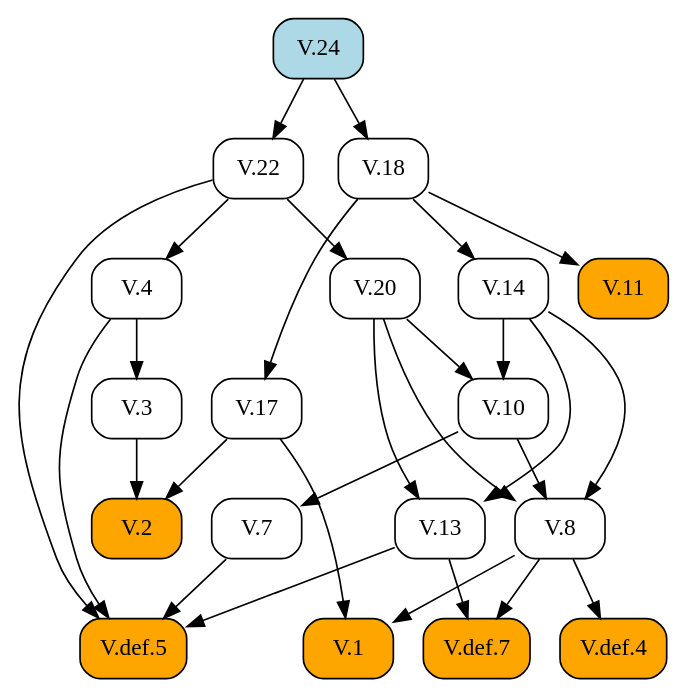
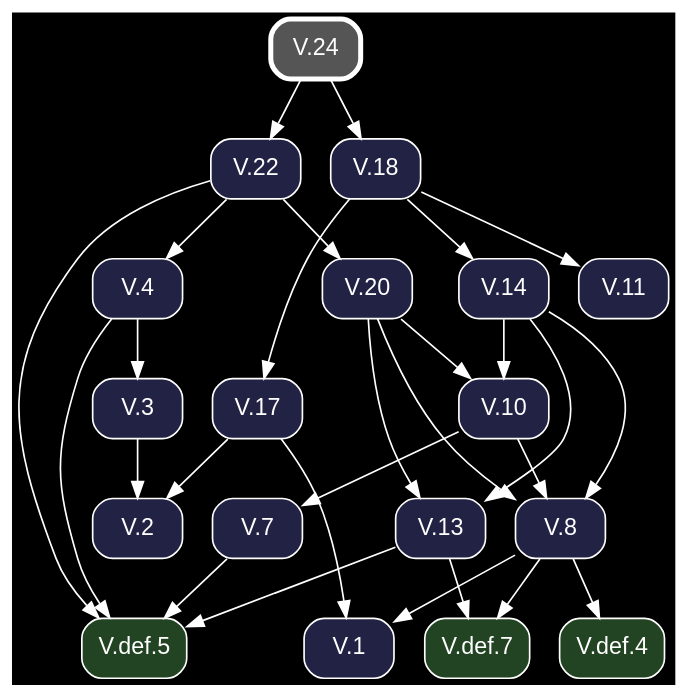
Before and after one commit to geometor/elements: the diagram in docsrc/heath/V/24/index.rst, drawn with Graphviz. The commit also changed other lines of this file and 1200 other files, not shown here.

Commit message:
update dependency graphs

```diff
--- a/docsrc/heath/V/24/index.rst
+++ b/docsrc/heath/V/24/index.rst
@@ -50,51 +50,53 @@
 .. graphviz::
 
    digraph {
+     bgcolor="black";
+     node [shape=box, style="rounded,filled", fontname="Helvetica", color="white", fontcolor="white"];
+     edge [color="white", fontcolor="white"];
      rankdir="TB";
-     node [shape=box, style=rounded];
-     "V.2" [style="rounded,filled", fillcolor=orange, URL="/heath/V/2/", target="_top"];
-     "V.24" [style="rounded,filled", fillcolor=lightblue, URL="/heath/V/24/", target="_top"];
-     "V.def.7" [style="rounded,filled", fillcolor=orange, URL="/heath/V/def.7/", target="_top"];
-     "V.13" [URL="/heath/V/13/", target="_top"];
-     "V.3" [URL="/heath/V/3/", target="_top"];
-     "V.7" [URL="/heath/V/7/", target="_top"];
-     "V.14" [URL="/heath/V/14/", target="_top"];
-     "V.def.5" [style="rounded,filled", fillcolor=orange, URL="/heath/V/def.5/", target="_top"];
-     "V.18" [URL="/heath/V/18/", target="_top"];
-     "V.8" [URL="/heath/V/8/", target="_top"];
-     "V.10" [URL="/heath/V/10/", target="_top"];
-     "V.4" [URL="/heath/V/4/", target="_top"];
-     "V.22" [URL="/heath/V/22/", target="_top"];
-     "V.1" [style="rounded,filled", fillcolor=orange, URL="/heath/V/1/", target="_top"];
-     "V.20" [URL="/heath/V/20/", target="_top"];
-     "V.11" [style="rounded,filled", fillcolor=orange, URL="/heath/V/11/", target="_top"];
-     "V.17" [URL="/heath/V/17/", target="_top"];
-     "V.def.4" [style="rounded,filled", fillcolor=orange, URL="/heath/V/def.4/", target="_top"];
-     "V.3" -> "V.2";
-     "V.17" -> "V.2";
-     "V.8" -> "V.def.7";
-     "V.13" -> "V.def.7";
-     "V.14" -> "V.13";
-     "V.20" -> "V.13";
-     "V.4" -> "V.3";
-     "V.10" -> "V.7";
-     "V.18" -> "V.14";
+     "V.def.5" [fillcolor="#224422", URL="/heath/V/def.5/", target="_top"];
+     "V.22" [fillcolor="#222244", URL="/heath/V/22/", target="_top"];
+     "V.11" [fillcolor="#222244", URL="/heath/V/11/", target="_top"];
+     "V.def.7" [fillcolor="#224422", URL="/heath/V/def.7/", target="_top"];
+     "V.def.4" [fillcolor="#224422", URL="/heath/V/def.4/", target="_top"];
+     "V.20" [fillcolor="#222244", URL="/heath/V/20/", target="_top"];
+     "V.24" [penwidth=3, color="white", fillcolor="#555555", URL="/heath/V/24/", target="_top"];
+     "V.18" [fillcolor="#222244", URL="/heath/V/18/", target="_top"];
+     "V.14" [fillcolor="#222244", URL="/heath/V/14/", target="_top"];
+     "V.2" [fillcolor="#222244", URL="/heath/V/2/", target="_top"];
+     "V.1" [fillcolor="#222244", URL="/heath/V/1/", target="_top"];
+     "V.4" [fillcolor="#222244", URL="/heath/V/4/", target="_top"];
+     "V.13" [fillcolor="#222244", URL="/heath/V/13/", target="_top"];
+     "V.8" [fillcolor="#222244", URL="/heath/V/8/", target="_top"];
+     "V.7" [fillcolor="#222244", URL="/heath/V/7/", target="_top"];
+     "V.3" [fillcolor="#222244", URL="/heath/V/3/", target="_top"];
+     "V.17" [fillcolor="#222244", URL="/heath/V/17/", target="_top"];
+     "V.10" [fillcolor="#222244", URL="/heath/V/10/", target="_top"];
      "V.4" -> "V.def.5";
      "V.7" -> "V.def.5";
      "V.13" -> "V.def.5";
      "V.22" -> "V.def.5";
+     "V.24" -> "V.22";
+     "V.18" -> "V.11";
+     "V.8" -> "V.def.7";
+     "V.13" -> "V.def.7";
+     "V.8" -> "V.def.4";
+     "V.22" -> "V.20";
      "V.24" -> "V.18";
+     "V.18" -> "V.14";
+     "V.3" -> "V.2";
+     "V.17" -> "V.2";
+     "V.8" -> "V.1";
+     "V.17" -> "V.1";
+     "V.22" -> "V.4";
+     "V.14" -> "V.13";
+     "V.20" -> "V.13";
      "V.10" -> "V.8";
      "V.14" -> "V.8";
      "V.20" -> "V.8";
+     "V.10" -> "V.7";
+     "V.4" -> "V.3";
+     "V.18" -> "V.17";
      "V.14" -> "V.10";
      "V.20" -> "V.10";
-     "V.22" -> "V.4";
-     "V.24" -> "V.22";
-     "V.8" -> "V.1";
-     "V.17" -> "V.1";
-     "V.22" -> "V.20";
-     "V.18" -> "V.11";
-     "V.18" -> "V.17";
-     "V.8" -> "V.def.4";
    }
```
